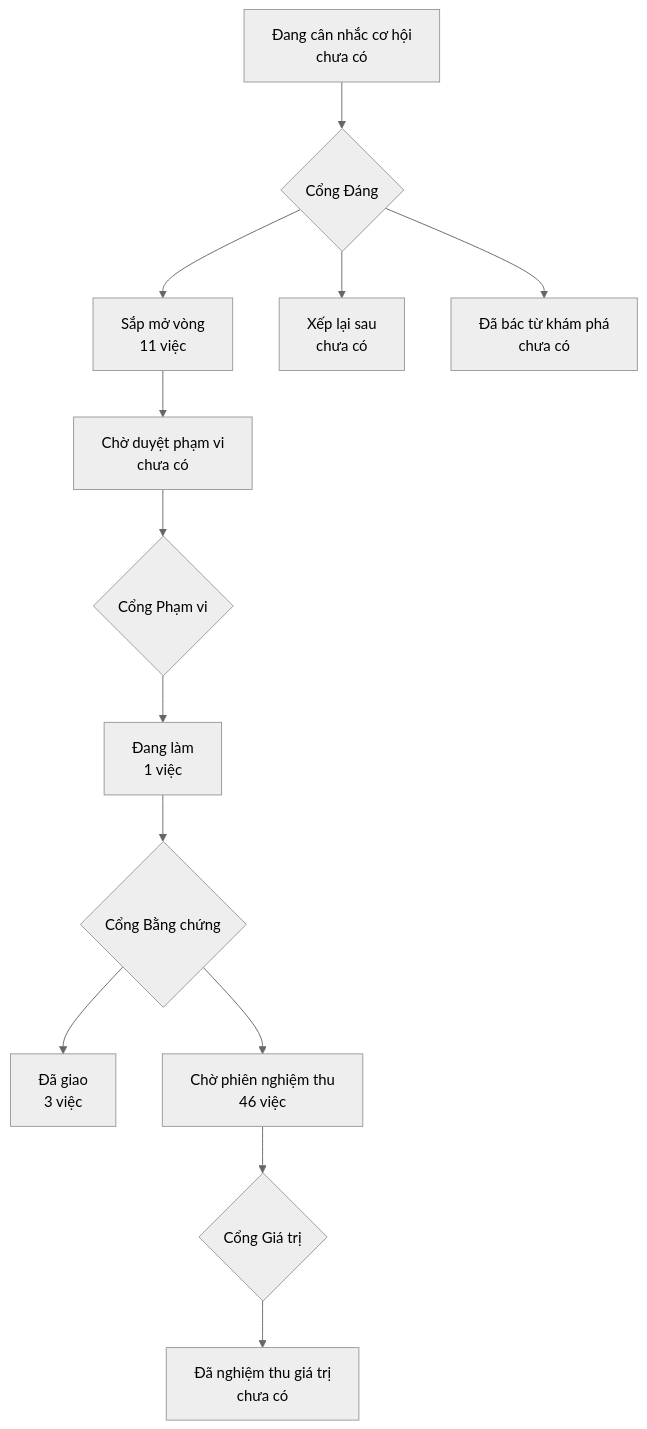
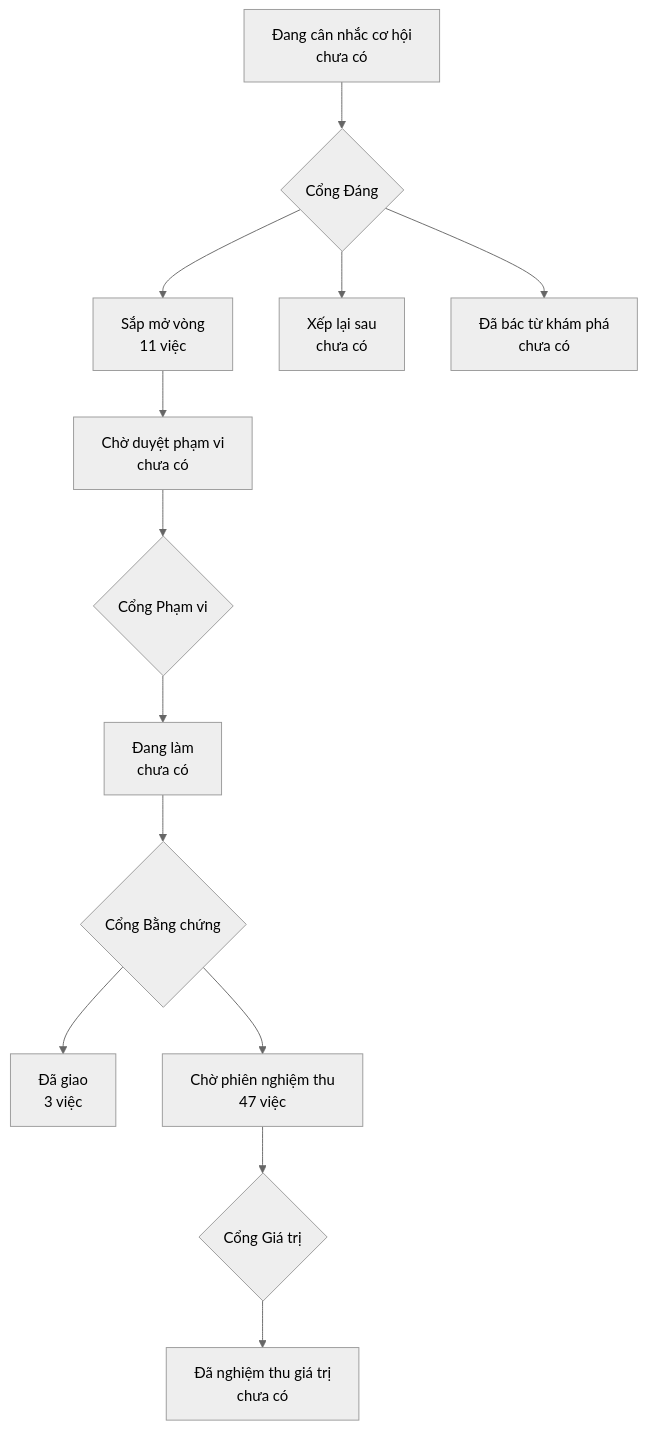
The diagram in PRODUCT-MAP.md (phanlemanh/onehub-inventory), drawn with Mermaid (neutral theme) before and after one commit. The commit also changed other lines of this file and 4 other files, not shown here.

````diff
--- a/PRODUCT-MAP.md
+++ b/PRODUCT-MAP.md
@@ -7,12 +7,12 @@
 ```mermaid
 flowchart TD
   A["Đang cân nhắc cơ hội<br/>chưa có"] --> GD{"Cổng Đáng"}
   GD --> B["Sắp mở vòng<br/>11 việc"]
   GD --> XL["Xếp lại sau<br/>chưa có"]
   GD --> DB["Đã bác từ khám phá<br/>chưa có"]
   B --> CD["Chờ duyệt phạm vi<br/>chưa có"] --> GP{"Cổng Phạm vi"}
-  GP --> DL["Đang làm<br/>1 việc"] --> GB{"Cổng Bằng chứng"}
+  GP --> DL["Đang làm<br/>chưa có"] --> GB{"Cổng Bằng chứng"}
   GB --> DG["Đã giao<br/>3 việc"]
-  GB --> CN["Chờ phiên nghiệm thu<br/>46 việc"] --> GG{"Cổng Giá trị"}
+  GB --> CN["Chờ phiên nghiệm thu<br/>47 việc"] --> GG{"Cổng Giá trị"}
   GG --> NT["Đã nghiệm thu giá trị<br/>chưa có"]
 ```
````
